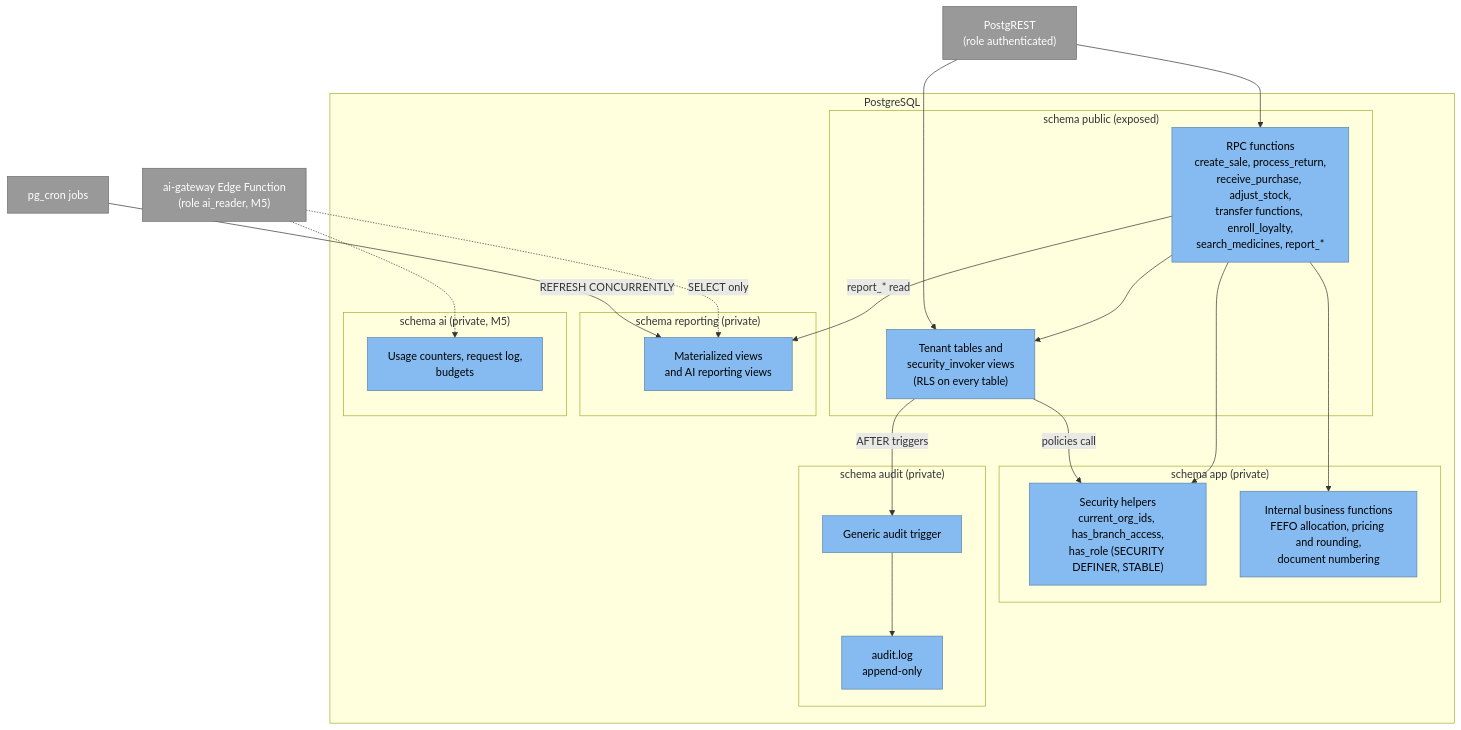
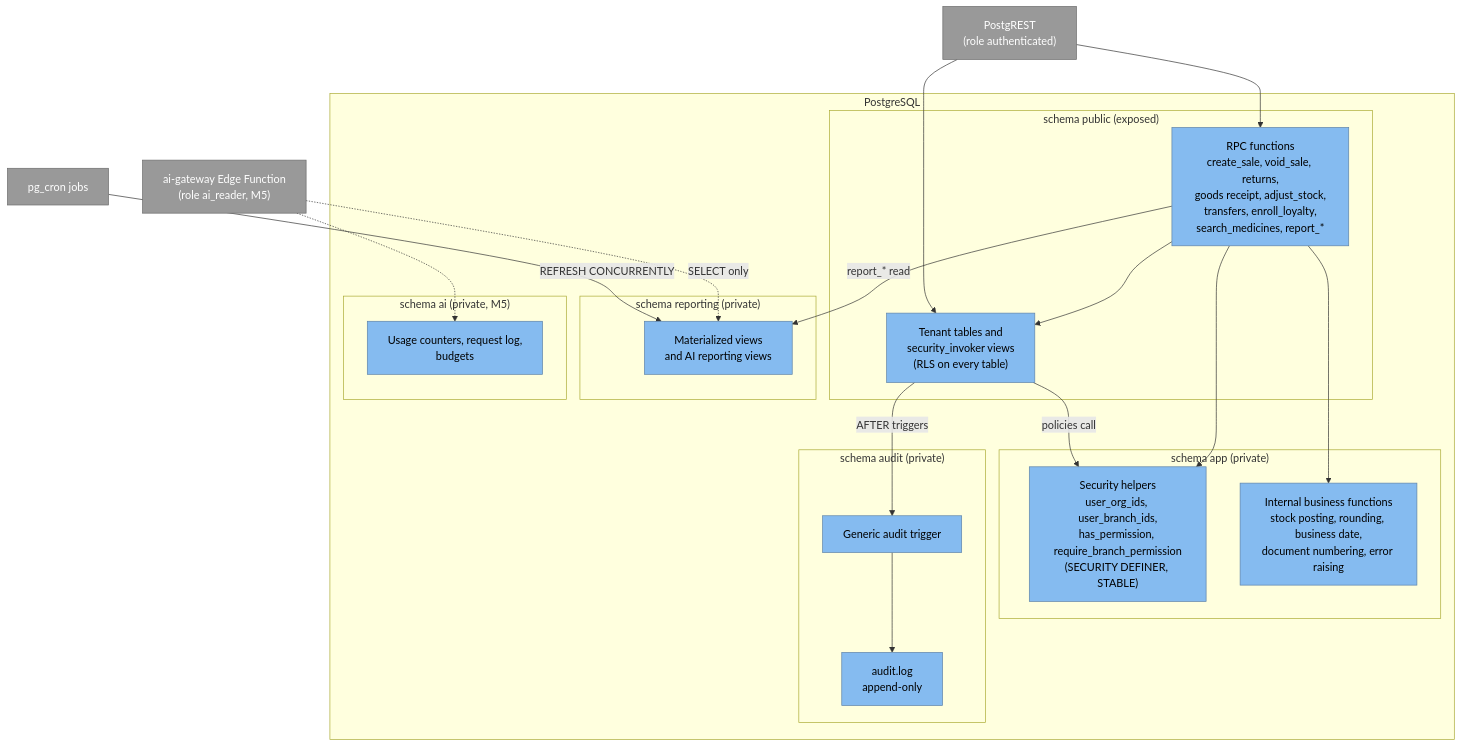
One commit to msasomrat/Pharmacy_Inventory changed the fourth of 15 diagrams in docs/architecture/architecture.md. Above: the diagram before and after it, drawn with Mermaid. The commit also changed other lines of this file and 20 other files, not shown here.

````diff
--- a/docs/architecture/architecture.md
+++ b/docs/architecture/architecture.md
@@ -421,45 +424,45 @@
 ```mermaid
 flowchart TB
   rest["PostgREST<br/>(role authenticated)"]
   cron["pg_cron jobs"]
   aigw["ai-gateway Edge Function<br/>(role ai_reader, M5)"]
 
   subgraph pg["PostgreSQL"]
     subgraph public["schema public (exposed)"]
       tables["Tenant tables and<br/>security_invoker views<br/>(RLS on every table)"]
-      rpc["RPC functions<br/>create_sale, process_return,<br/>receive_purchase, adjust_stock,<br/>transfer functions, enroll_loyalty,<br/>search_medicines, report_*"]
+      rpc["RPC functions<br/>create_sale, void_sale, returns,<br/>goods receipt, adjust_stock,<br/>transfers, enroll_loyalty,<br/>search_medicines, report_*"]
     end
     subgraph app["schema app (private)"]
-      helpers["Security helpers<br/>current_org_ids, has_branch_access,<br/>has_role (SECURITY DEFINER, STABLE)"]
-      internals["Internal business functions<br/>FEFO allocation, pricing and rounding,<br/>document numbering"]
+      helpers["Security helpers<br/>user_org_ids, user_branch_ids,<br/>has_permission, require_branch_permission<br/>(SECURITY DEFINER, STABLE)"]
+      internals["Internal business functions<br/>stock posting, rounding, business date,<br/>document numbering, error raising"]
     end
     subgraph audit["schema audit (private)"]
       auditlog["audit.log<br/>append-only"]
       audittrg["Generic audit trigger"]
     end
     subgraph reporting["schema reporting (private)"]
       mviews["Materialized views<br/>and AI reporting views"]
     end
     subgraph ai["schema ai (private, M5)"]
       usage["Usage counters, request log,<br/>budgets"]
     end
   end
 
   rest --> tables
   rest --> rpc
   tables -->|"policies call"| helpers
   rpc --> helpers
   rpc --> internals
   rpc --> tables
   tables -->|"AFTER triggers"| audittrg
   audittrg --> auditlog
   rpc -->|"report_* read"| mviews
   cron -->|"REFRESH CONCURRENTLY"| mviews
   aigw -.->|"SELECT only"| mviews
   aigw -.-> usage
 
   classDef comp fill:#85bbf0,stroke:#5d82a8,color:#000000
   classDef ext fill:#999999,stroke:#6b6b6b,color:#ffffff
   class tables,rpc,helpers,internals,auditlog,audittrg,mviews,usage comp
   class rest,cron,aigw ext
 ```
````
